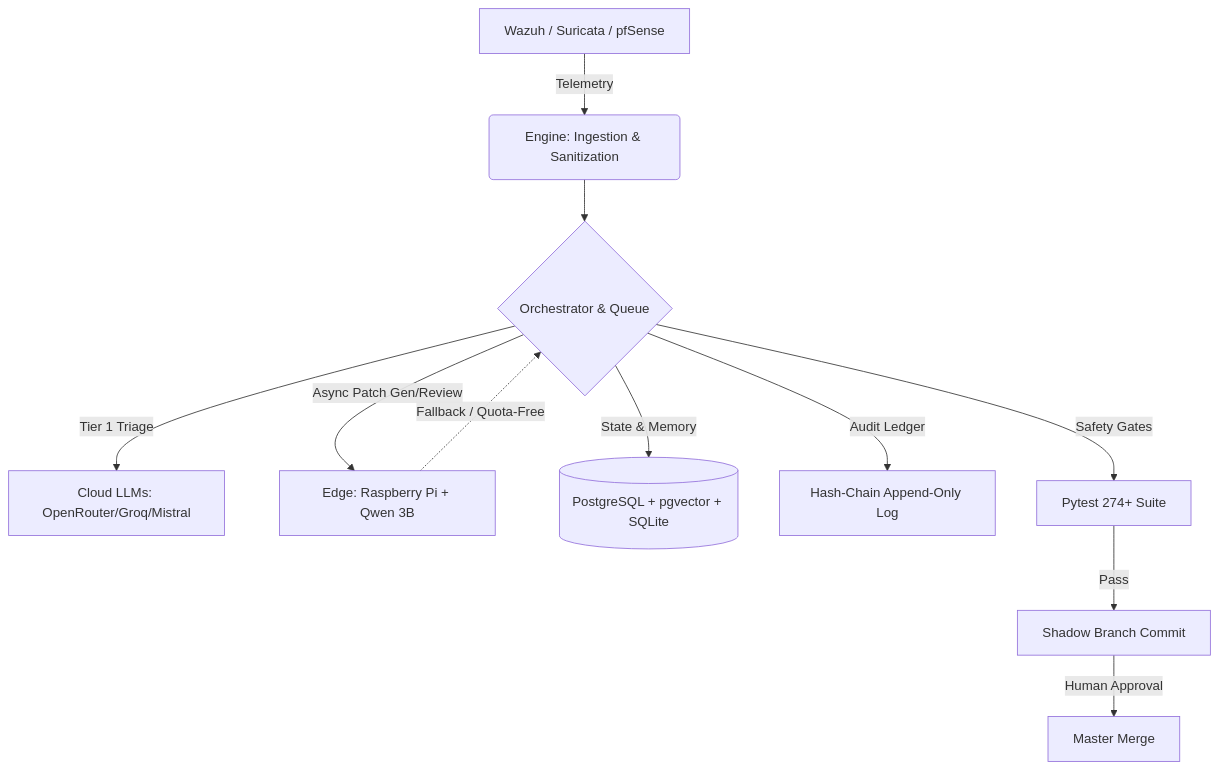
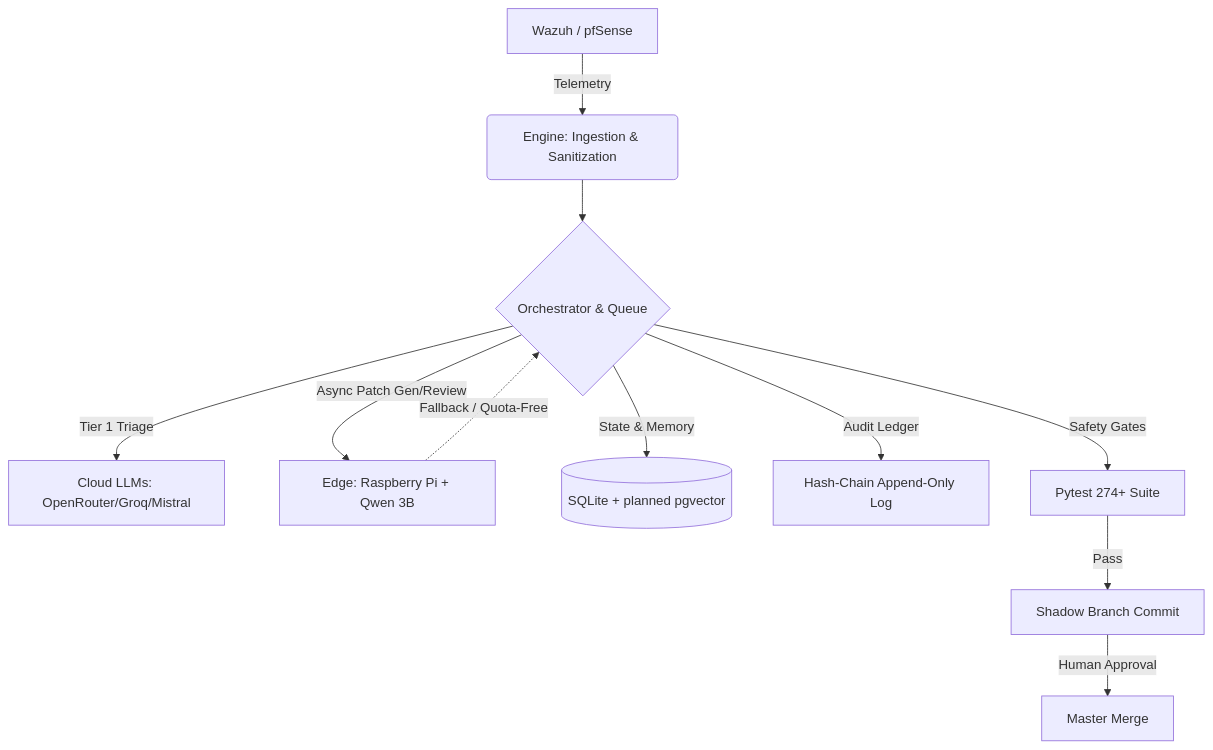
The diagram in README.md (Steve-Wiig/blueprint), drawn with Mermaid before and after one commit. The commit also changed other lines of this file, not shown here.

Commit message:
fix(docs): correct aspirational claims in README
- Removed PostgreSQL/pgvector/Redis claims (not implemented, only SQLite)
- Removed Suricata from integration list (no implementation exists)
- Downgraded Hash-Chain Audit Ledger from 'Implemented' to 'Prototype'
- Test cleanup: isolated transient test_tdd_auto_*.py files
- Verified 274 passed, 0 failed baseline

Adheres to Rule 5: Do not claim implementation without evidence.

````diff
--- a/README.md
+++ b/README.md
@@ -14,13 +14,13 @@
 ```mermaid
 graph TD
-    A[Wazuh / Suricata / pfSense] -->|Telemetry| B(Engine: Ingestion & Sanitization)
+    A[Wazuh / pfSense] -->|Telemetry| B(Engine: Ingestion & Sanitization)
     B --> C{Orchestrator & Queue}
     C -->|Tier 1 Triage| D[Cloud LLMs: OpenRouter/Groq/Mistral]
     C -->|Async Patch Gen/Review| E[Edge: Raspberry Pi + Qwen 3B]
-    C -->|State & Memory| F[(PostgreSQL + pgvector + SQLite)]
+    C -->|State & Memory| F[(SQLite + planned pgvector)]
     C -->|Audit Ledger| G[Hash-Chain Append-Only Log]
     E -.->|Fallback / Quota-Free| C
     C -->|Safety Gates| H[Pytest 274+ Suite]
     H -->|Pass| I[Shadow Branch Commit]
     I -->|Human Approval| J[Master Merge]
 ```
````
